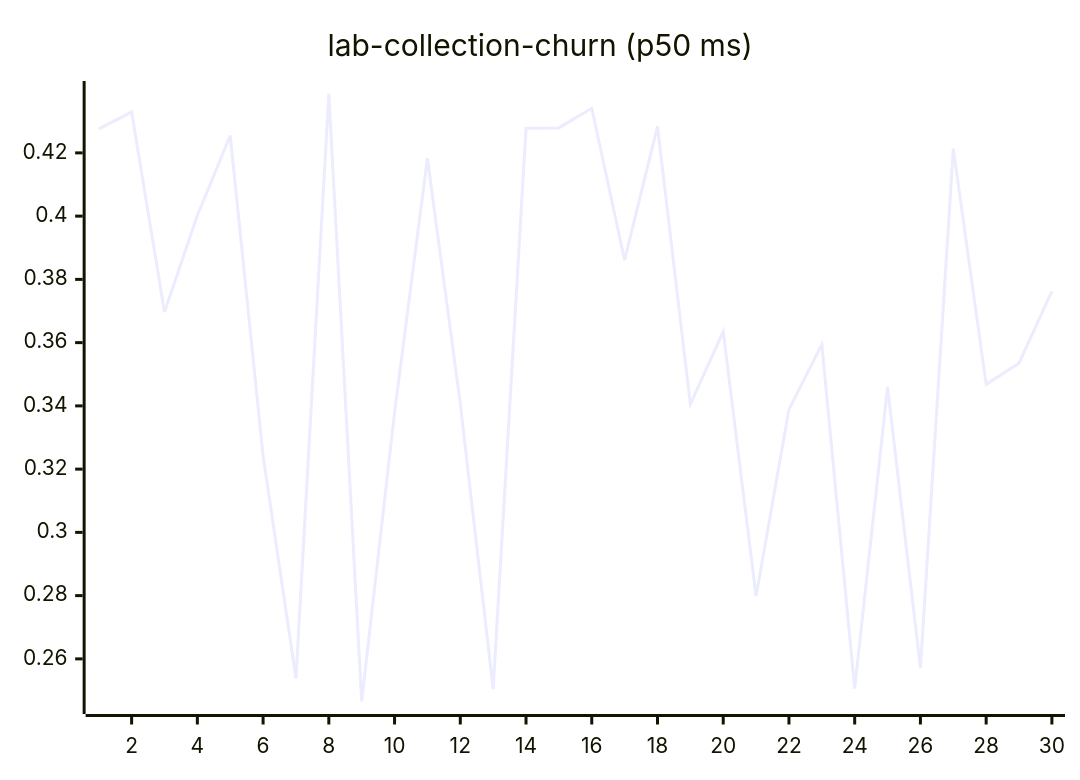
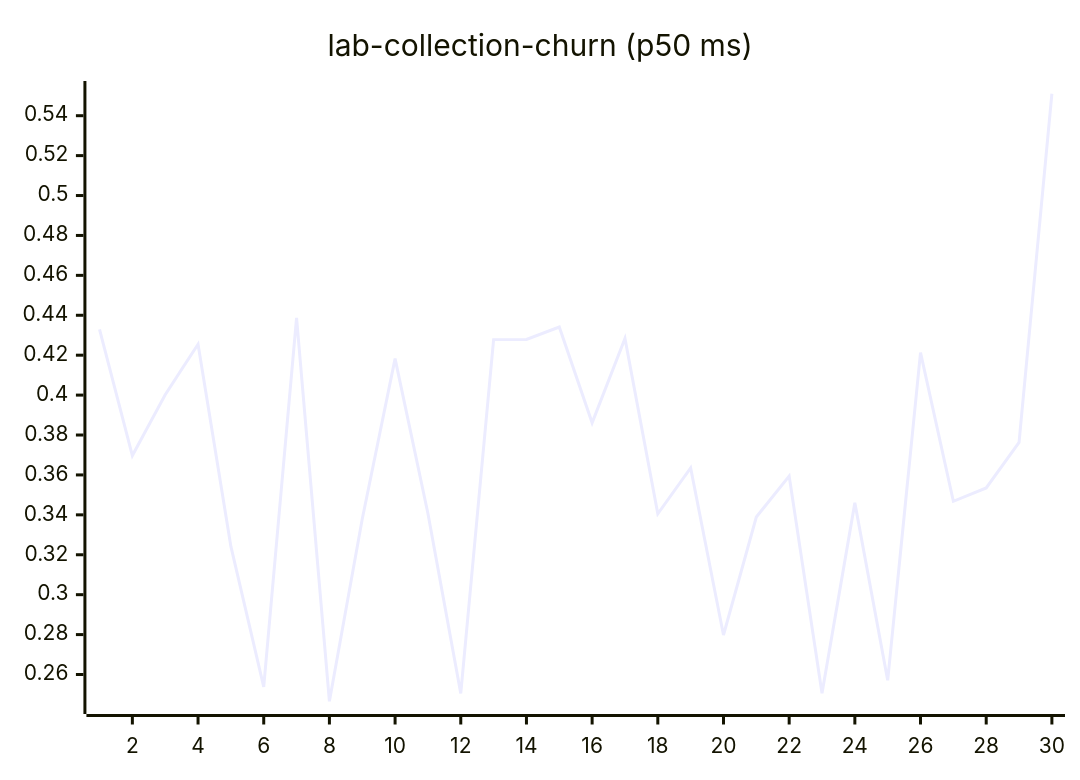
Before and after one commit to josha/Facet: diagram 11 of 27 in README.md, drawn with Mermaid. The commit also changed other lines of this file and 2 other files, not shown here.

````diff
--- a/README.md
+++ b/README.md
@@ -133,6 +133,6 @@
 ```mermaid
 xychart-beta
     title "lab-collection-churn (p50 ms)"
     x-axis 1 --> 30
-    line [0.4276, 0.4329, 0.3697, 0.4002, 0.4255, 0.3242, 0.2538, 0.4387, 0.2466, 0.3379, 0.4183, 0.3407, 0.2505, 0.4278, 0.4279, 0.4341, 0.3861, 0.4284, 0.3405, 0.3635, 0.2798, 0.3389, 0.3594, 0.2506, 0.3460, 0.2571, 0.4213, 0.3468, 0.3535, 0.3763]
+    line [0.4329, 0.3697, 0.4002, 0.4255, 0.3242, 0.2538, 0.4387, 0.2466, 0.3379, 0.4183, 0.3407, 0.2505, 0.4278, 0.4279, 0.4341, 0.3861, 0.4284, 0.3405, 0.3635, 0.2798, 0.3389, 0.3594, 0.2506, 0.3460, 0.2571, 0.4213, 0.3468, 0.3535, 0.3763, 0.5510]
 ```
````
